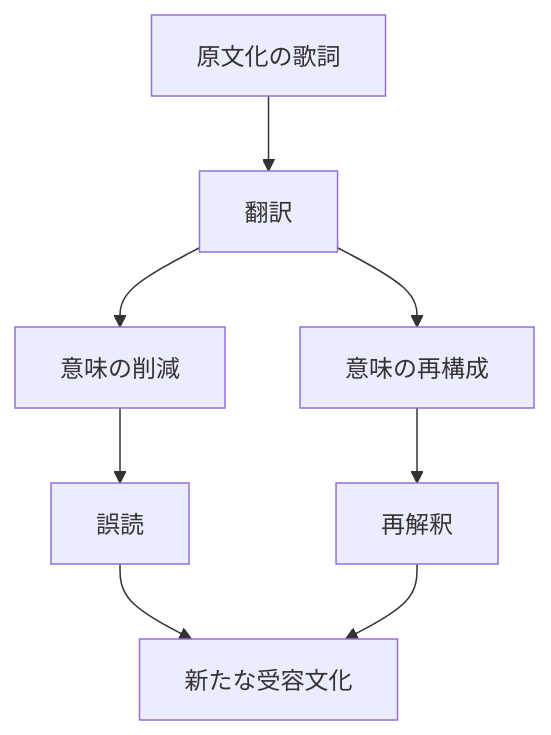
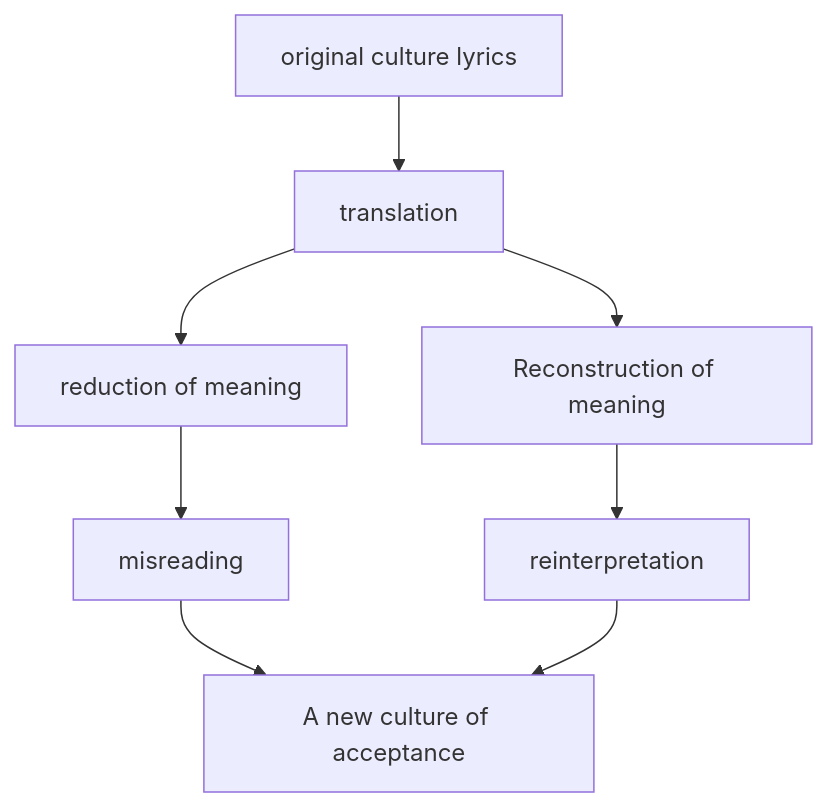
The second of 2 diagrams in en/_posts/2026-01-16-column-lyric-translation.md (monumental-movement/monumental-movement.github.io), drawn with Mermaid before and after one commit. The commit also changed other lines of this file and 801 other files, not shown here.

```diff
--- a/en/_posts/2026-01-16-column-lyric-translation.md
+++ b/en/_posts/2026-01-16-column-lyric-translation.md
@@ -200,10 +201,10 @@
 <div class="mermaid">
 graph TD
-    A[原文化の歌詞] --> B[翻訳]
-    B --> C[意味の削減]
-    B --> D[意味の再構成]
-    C --> E[誤読]
-    D --> F[再解釈]
-    E --> G[新たな受容文化]
+    A[original culture lyrics] --> B[translation]
+    B --> C[reduction of meaning]
+    B --> D[Reconstruction of meaning]
+    C --> E[misreading]
+    D --> F[reinterpretation]
+    E --> G[A new culture of acceptance]
     F --> G
 </div>
```
